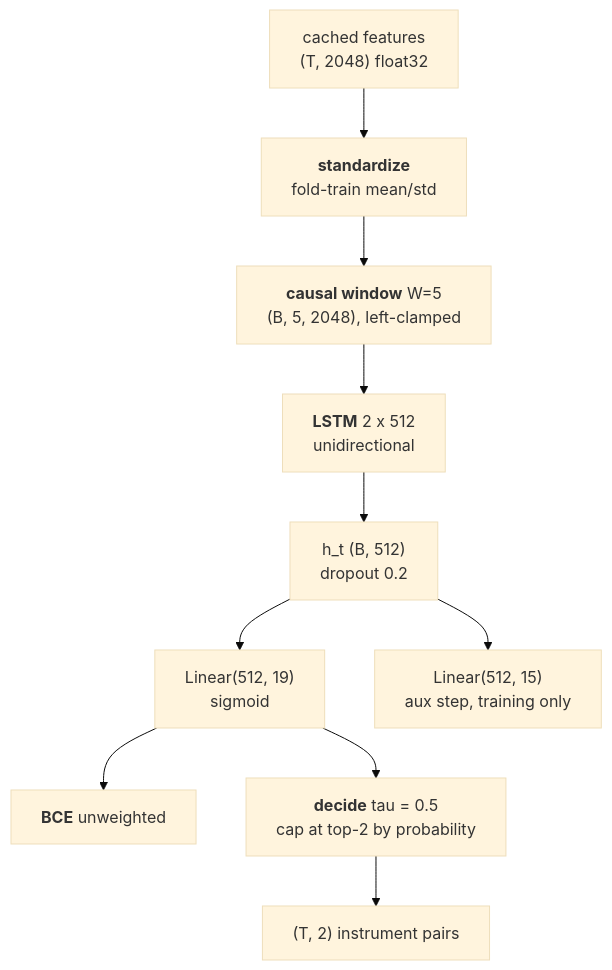
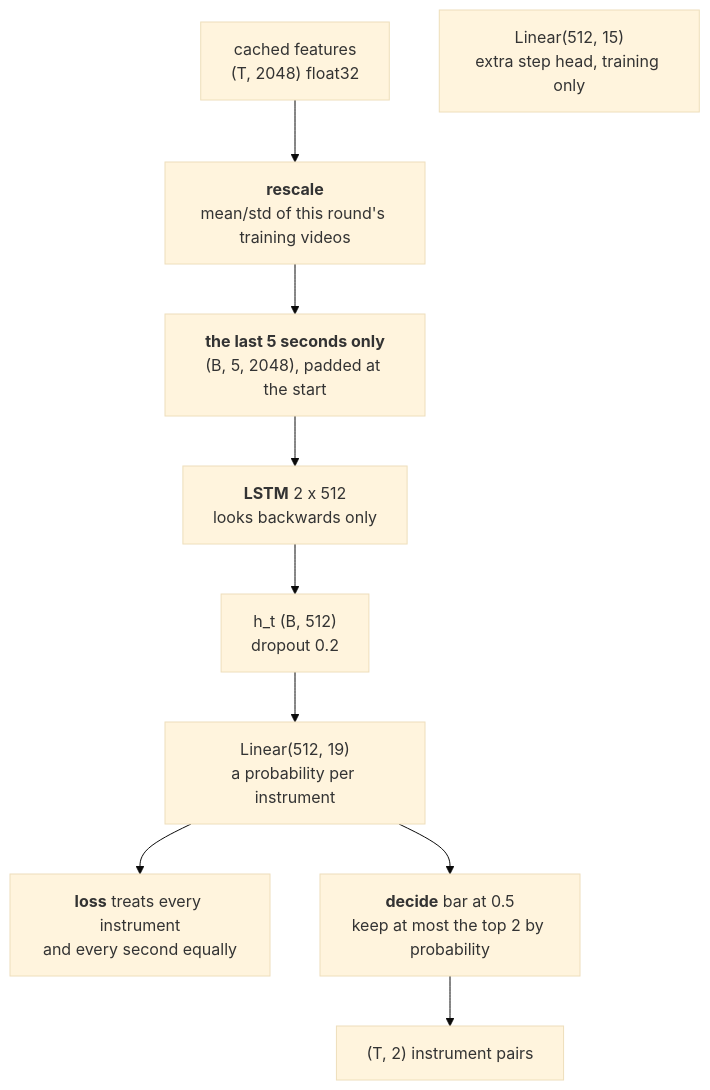
Before and after one commit to wylliamunlimited/pitvis-phase-recognition: the first of 4 diagrams in notes/models/instrument-variants.md, drawn with Mermaid (base theme). The commit also changed other lines of this file, not shown here.

First line of the commit message:
docs(instrument-variants): plain language, same numbers

````diff
--- a/notes/models/instrument-variants.md
+++ b/notes/models/instrument-variants.md
@@ -89,17 +108,16 @@
 ```mermaid
 flowchart TD
     F["cached features<br/>(T, 2048) float32"]
-    STD["<b>standardize</b><br/>fold-train mean/std"]
-    W["<b>causal window</b> W=5<br/>(B, 5, 2048), left-clamped"]
-    L["<b>LSTM</b> 2 x 512<br/>unidirectional"]
+    STD["<b>rescale</b><br/>mean/std of this round's training videos"]
+    W["<b>the last 5 seconds only</b><br/>(B, 5, 2048), padded at the start"]
+    L["<b>LSTM</b> 2 x 512<br/>looks backwards only"]
     H["h_t (B, 512)<br/>dropout 0.2"]
-    I["Linear(512, 19)<br/>sigmoid"]
-    S["Linear(512, 15)<br/>aux step, training only"]
-    LOSS["<b>BCE</b> unweighted"]
-    D["<b>decide</b> tau = 0.5<br/>cap at top-2 by probability"]
+    I["Linear(512, 19)<br/>a probability per instrument"]
+    S["Linear(512, 15)<br/>extra step head, training only"]
+    LOSS["<b>loss</b> treats every instrument<br/>and every second equally"]
+    D["<b>decide</b> bar at 0.5<br/>keep at most the top 2 by probability"]
     P["(T, 2) instrument pairs"]
     F --> STD --> W --> L --> H
     H --> I --> LOSS
     I --> D --> P
-    H --> S
 ```
````
